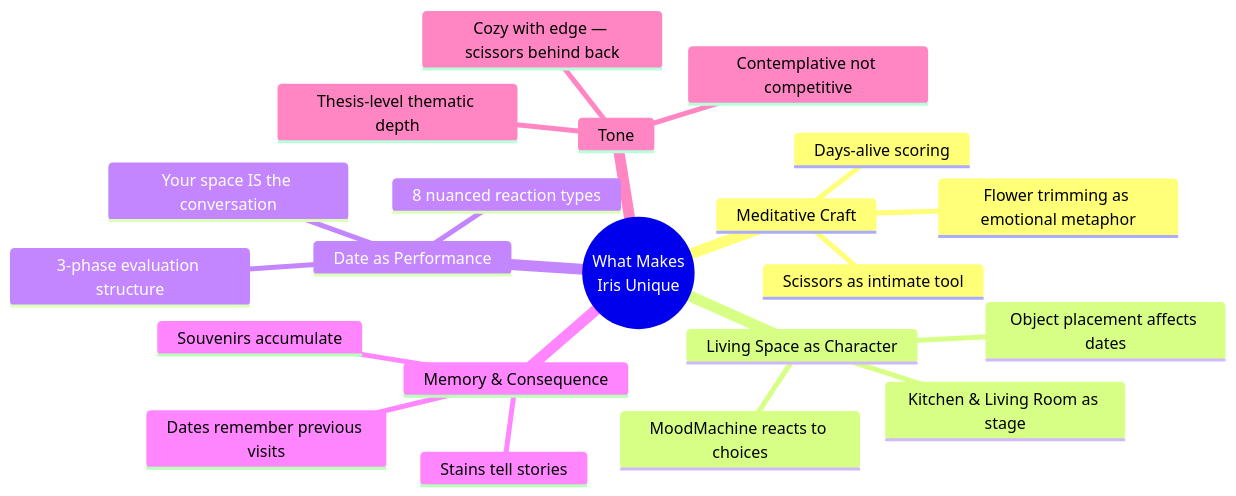
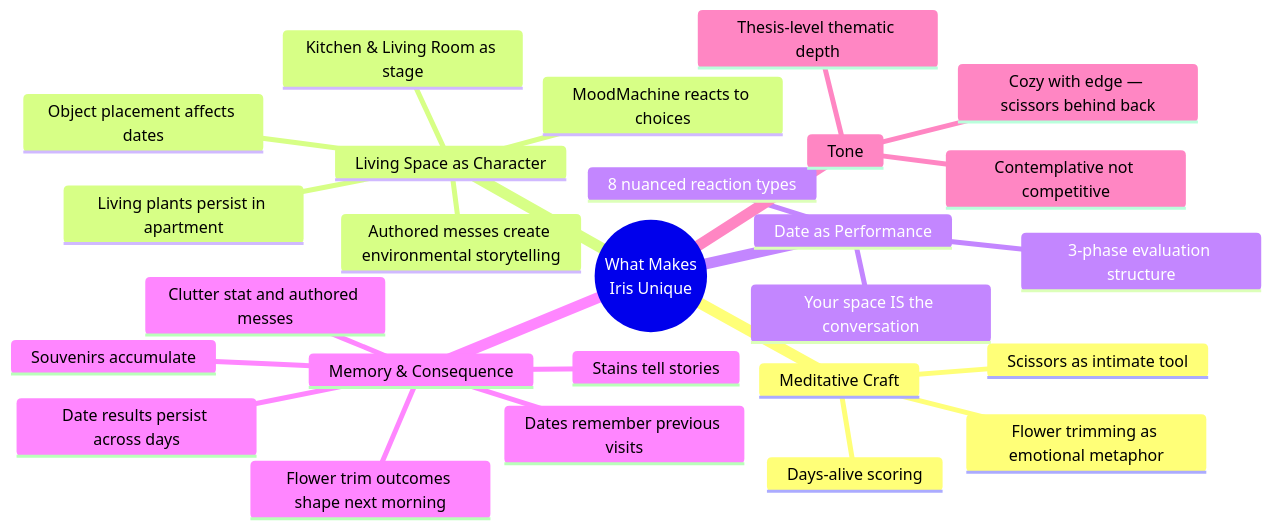
One commit to MartyChouette/iris_v3.0 changed diagram 16 of 30 in docs/IRIS_REPORT.md. Above: the diagram before and after it, drawn with Mermaid. The commit also changed other lines of this file and 1 other file, not shown here.

````diff
--- a/docs/IRIS_REPORT.md
+++ b/docs/IRIS_REPORT.md
@@ -564,24 +607,29 @@
 ```mermaid
 mindmap
   root(("What Makes<br/>Iris Unique"))
     Meditative Craft
       Flower trimming as emotional metaphor
       Scissors as intimate tool
       Days-alive scoring
     Living Space as Character
       Kitchen & Living Room as stage
       Object placement affects dates
       MoodMachine reacts to choices
+      Living plants persist in apartment
+      Authored messes create environmental storytelling
     Date as Performance
       3-phase evaluation structure
       Your space IS the conversation
       8 nuanced reaction types
     Memory & Consequence
       Dates remember previous visits
       Stains tell stories
       Souvenirs accumulate
+      Flower trim outcomes shape next morning
+      Clutter stat and authored messes
+      Date results persist across days
     Tone
       Contemplative not competitive
       Cozy with edge — scissors behind back
       Thesis-level thematic depth
 ```
````
